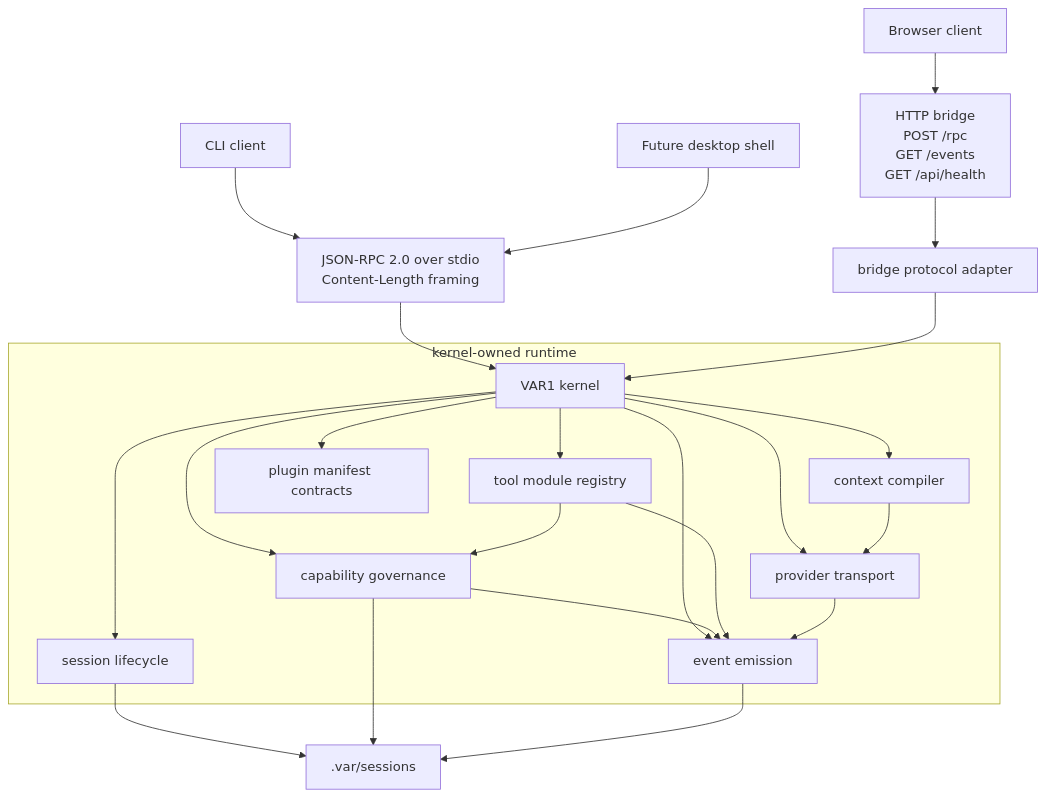
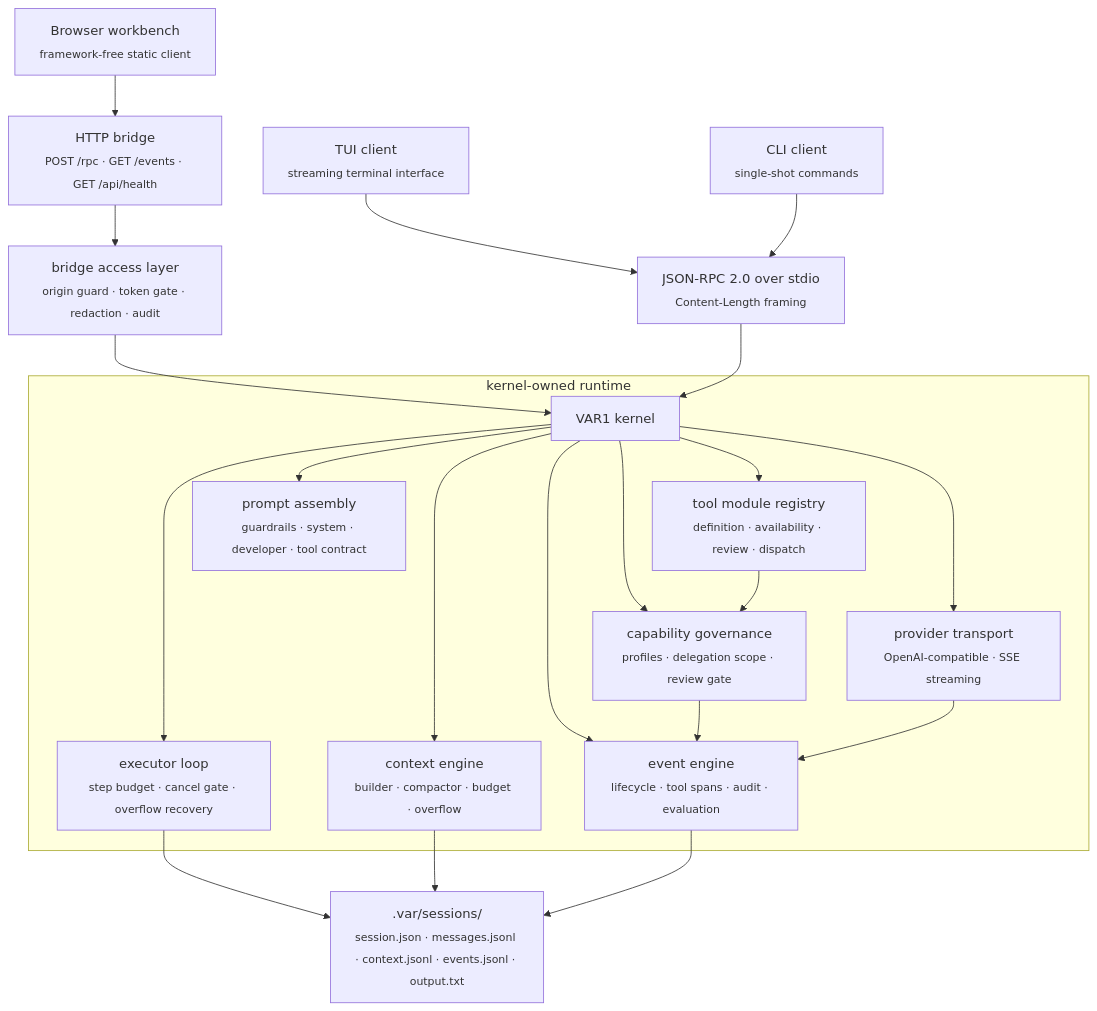
One commit to savageops/VANTARI-ONE changed the first of 4 diagrams in README.md. Above: the diagram before and after it, drawn with Mermaid. The commit also changed other lines of this file, not shown here.

````diff
--- a/README.md
+++ b/README.md
@@ -107,33 +105,31 @@
 ```mermaid
 flowchart TB
-  cli["CLI client"]
-  browser["Browser client"]
-  desktop["Future desktop shell"]
+  tui["TUI client<br/><sub>streaming terminal interface</sub>"]
+  cli["CLI client<br/><sub>single-shot commands</sub>"]
+  browser["Browser workbench<br/><sub>framework-free static client</sub>"]
 
-  cli --> stdio["JSON-RPC 2.0 over stdio<br/>Content-Length framing"]
-  desktop --> stdio
-  browser --> bridge["HTTP bridge<br/>POST /rpc<br/>GET /events<br/>GET /api/health"]
+  tui --> stdio["JSON-RPC 2.0 over stdio<br/><sub>Content-Length framing</sub>"]
+  cli --> stdio
+  browser --> bridge["HTTP bridge<br/><sub>POST /rpc · GET /events · GET /api/health</sub>"]
 
-  bridge --> adapter["bridge protocol adapter"]
+  bridge --> access["bridge access layer<br/><sub>origin guard · token gate · redaction · audit</sub>"]
+  access --> kernel
   stdio --> kernel["VAR1 kernel"]
-  adapter --> kernel
 
   subgraph core["kernel-owned runtime"]
-    kernel --> sessions["session lifecycle"]
-    kernel --> context["context compiler"]
-    kernel --> tools["tool module registry"]
-    kernel --> governance["capability governance"]
-    kernel --> plugins["plugin manifest contracts"]
-    kernel --> provider["provider transport"]
-    kernel --> events["event emission"]
+    kernel --> executor["executor loop<br/><sub>step budget · cancel gate · overflow recovery</sub>"]
+    kernel --> context["context engine<br/><sub>builder · compactor · budget · overflow</sub>"]
+    kernel --> toolruntime["tool module registry<br/><sub>definition · availability · review · dispatch</sub>"]
+    kernel --> governance["capability governance<br/><sub>profiles · delegation scope · review gate</sub>"]
+    kernel --> prompts["prompt assembly<br/><sub>guardrails · system · developer · tool contract</sub>"]
+    kernel --> provider["provider transport<br/><sub>OpenAI-compatible · SSE streaming</sub>"]
+    kernel --> events["event engine<br/><sub>lifecycle · tool spans · audit · evaluation</sub>"]
   end
 
-  sessions --> sessionState[".var/sessions"]
-  context --> provider
-  tools --> governance
+  executor --> store[".var/sessions/<br/><sub>session.json · messages.jsonl · context.jsonl · events.jsonl · output.txt</sub>"]
+  context --> store
+  events --> store
   governance --> events
-  governance --> sessionState
-  tools --> events
+  toolruntime --> governance
   provider --> events
-  events --> sessionState
 ```
````
